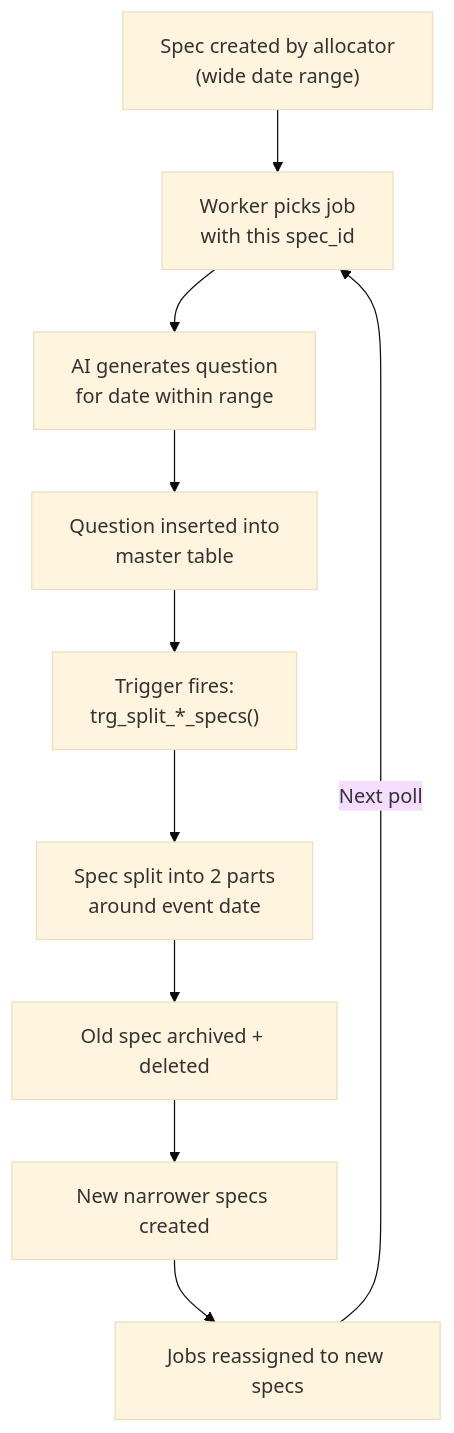
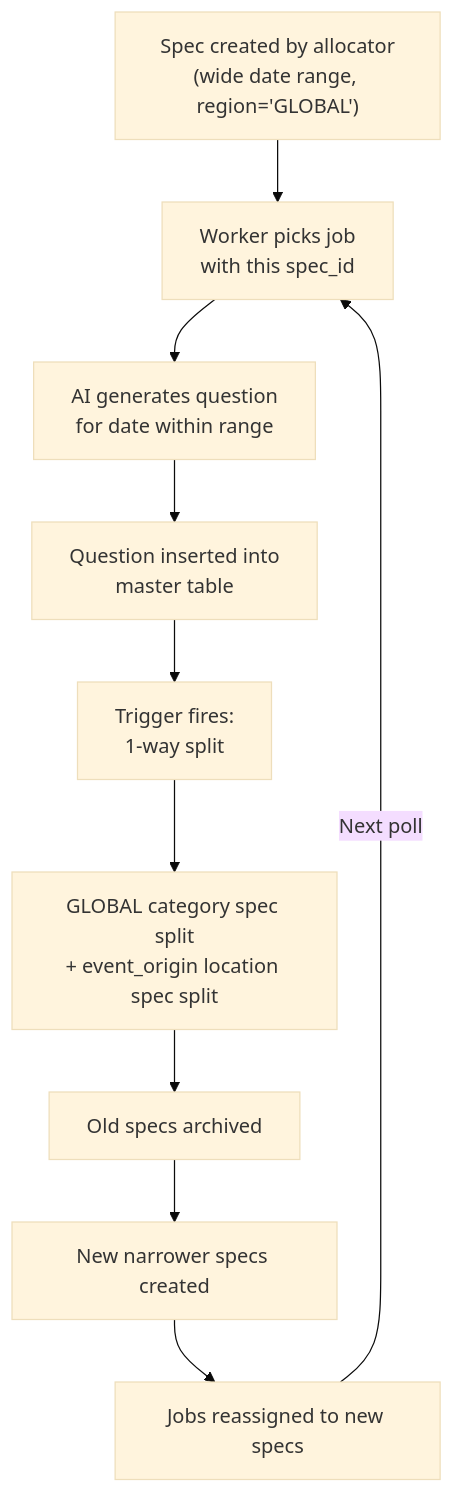
Before and after one commit to Harveypr10/ElementleGame: the second of 2 diagrams in docs/question_generation_workflow.md, drawn with Mermaid (base theme). The commit also changed other lines of this file and 37 other files, not shown here.

````diff
--- a/docs/question_generation_workflow.md
+++ b/docs/question_generation_workflow.md
@@ -539,15 +312,15 @@
 ```mermaid
 flowchart TD
-    A["Spec created by allocator<br/>(wide date range)"]
+    A["Spec created by allocator<br/>(wide date range, region='GLOBAL')"]
     B["Worker picks job<br/>with this spec_id"]
     C["AI generates question<br/>for date within range"]
     D["Question inserted into<br/>master table"]
-    E["Trigger fires:<br/>trg_split_*_specs()"]
-    F["Spec split into 2 parts<br/>around event date"]
-    G["Old spec archived + deleted"]
+    E["Trigger fires:<br/>1-way split"]
+    F["GLOBAL category spec split<br/>+ event_origin location spec split"]
+    G["Old specs archived"]
     H["New narrower specs created"]
     I["Jobs reassigned to new specs"]
 
     A --> B --> C --> D --> E --> F --> G --> H --> I
     I -->|"Next poll"| B
 ```
````
